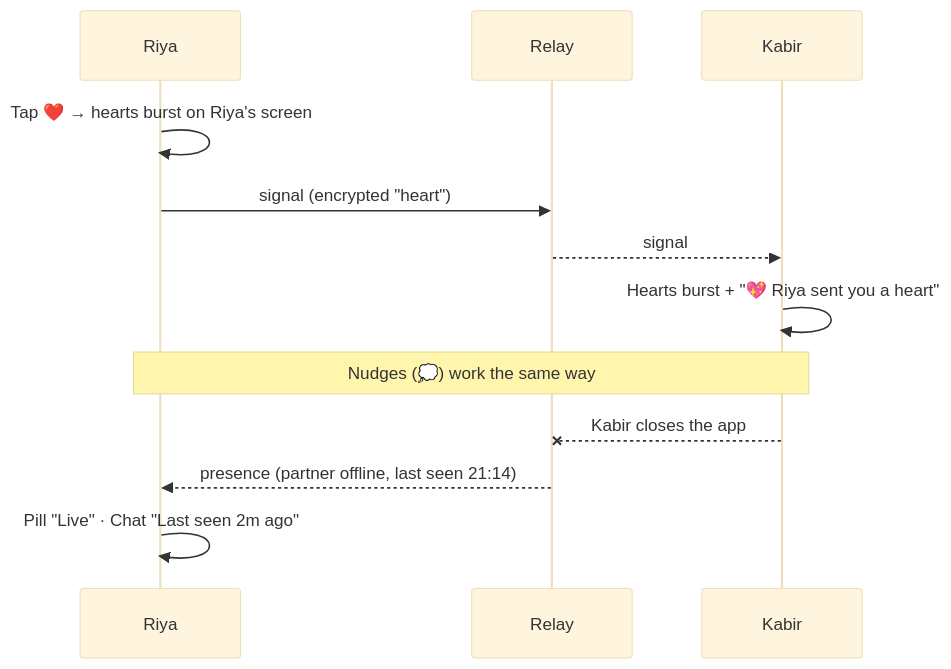
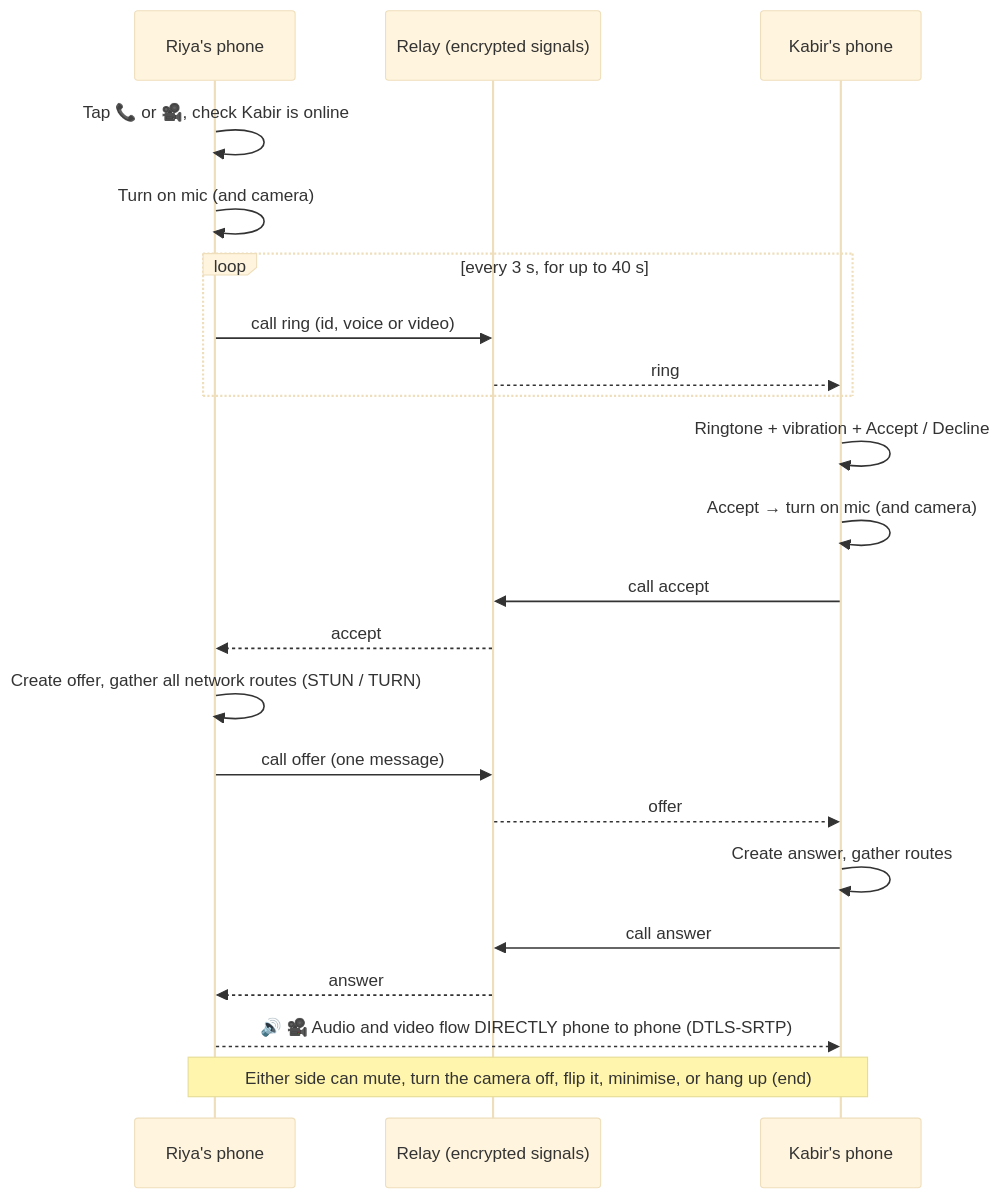
Diagram 15 of 27 in front-end/doc/04-flowcharts.md (silent-coder-dev/private-space), drawn with Mermaid (base theme) before and after one commit. The commit also changed other lines of this file and 144 other files, not shown here.

````diff
--- a/front-end/doc/04-flowcharts.md
+++ b/front-end/doc/04-flowcharts.md
@@ -275,14 +318,24 @@
 ```mermaid
 sequenceDiagram
-    participant A as Riya
-    participant S as Relay
-    participant B as Kabir
-    A->>A: Tap ❤️ → hearts burst on Riya's screen
-    A->>S: signal (encrypted "heart")
-    S-->>B: signal
-    B->>B: Hearts burst + "💖 Riya sent you a heart"
-    Note over A,B: Nudges (💭) work the same way
-    B--xS: Kabir closes the app
-    S-->>A: presence (partner offline, last seen 21:14)
-    A->>A: Pill "Live" · Chat "Last seen 2m ago"
+    participant A as Riya's phone
+    participant S as Relay (encrypted signals)
+    participant B as Kabir's phone
+    A->>A: Tap 📞 or 🎥, check Kabir is online
+    A->>A: Turn on mic (and camera)
+    loop every 3 s, for up to 40 s
+        A->>S: call ring (id, voice or video)
+        S-->>B: ring
+    end
+    B->>B: Ringtone + vibration + Accept / Decline
+    B->>B: Accept → turn on mic (and camera)
+    B->>S: call accept
+    S-->>A: accept
+    A->>A: Create offer, gather all network routes (STUN / TURN)
+    A->>S: call offer (one message)
+    S-->>B: offer
+    B->>B: Create answer, gather routes
+    B->>S: call answer
+    S-->>A: answer
+    A-->>B: 🔊 🎥 Audio and video flow DIRECTLY phone to phone (DTLS-SRTP)
+    Note over A,B: Either side can mute, turn the camera off, flip it, minimise, or hang up (end)
 ```
````
